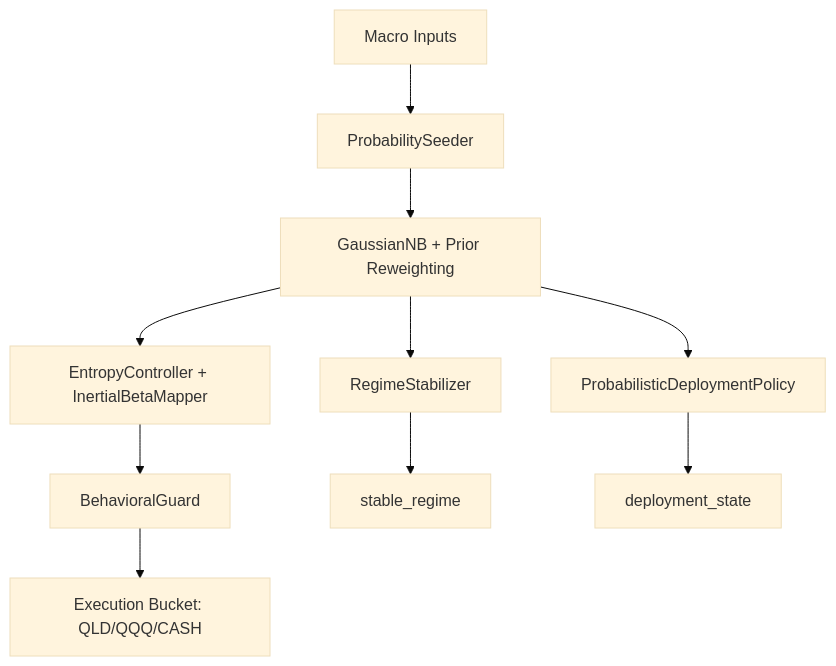
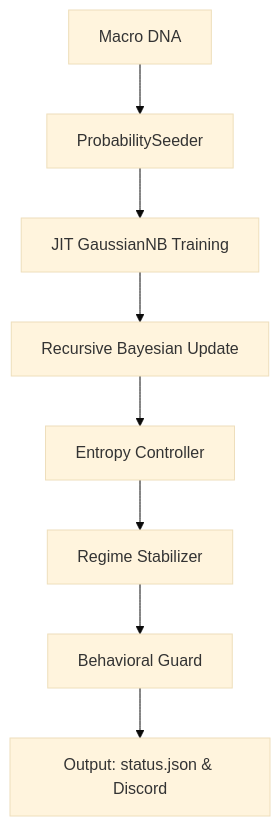
One commit to yutaofr/qqq-buyer-monitor changed the diagram in README.md. Above: the diagram before and after it, drawn with Mermaid (base theme). The commit also changed other lines of this file and 1 other file, not shown here.

````diff
--- a/README.md
+++ b/README.md
@@ -53,12 +51,10 @@
 ```mermaid
 graph TD
-    A[Macro Inputs] --> B[ProbabilitySeeder]
-    B --> C[GaussianNB + Prior Reweighting]
-    C --> D[RegimeStabilizer]
-    C --> E[EntropyController + InertialBetaMapper]
-    C --> F[ProbabilisticDeploymentPolicy]
-    E --> G[BehavioralGuard]
-    D --> H[stable_regime]
-    F --> I[deployment_state]
-    G --> J[Execution Bucket: QLD/QQQ/CASH]
+    A[Macro DNA] --> B[ProbabilitySeeder]
+    B --> C[JIT GaussianNB Training]
+    C --> D[Recursive Bayesian Update]
+    D --> E[Entropy Controller]
+    E --> F[Regime Stabilizer]
+    F --> G[Behavioral Guard]
+    G --> H[Output: status.json & Discord]
 ```
````
